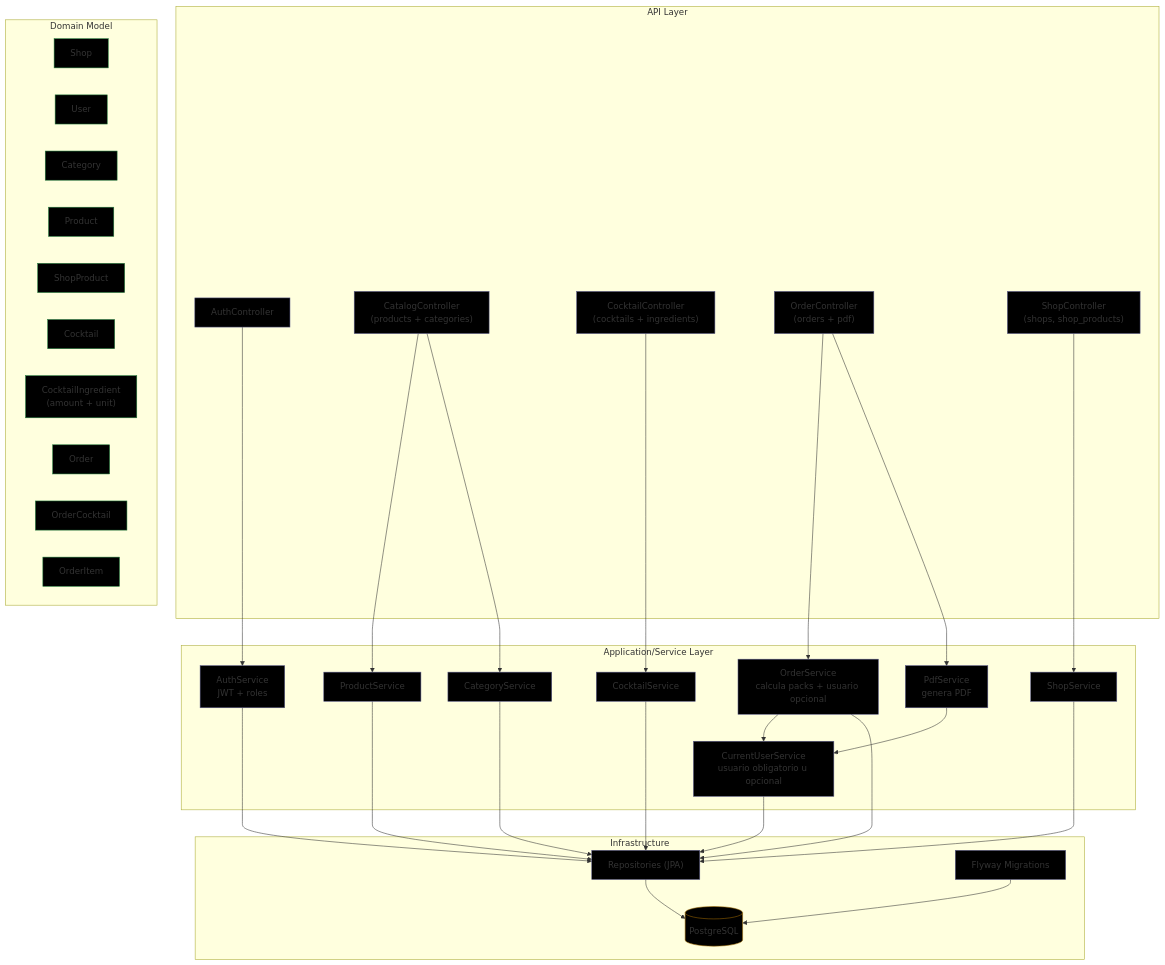
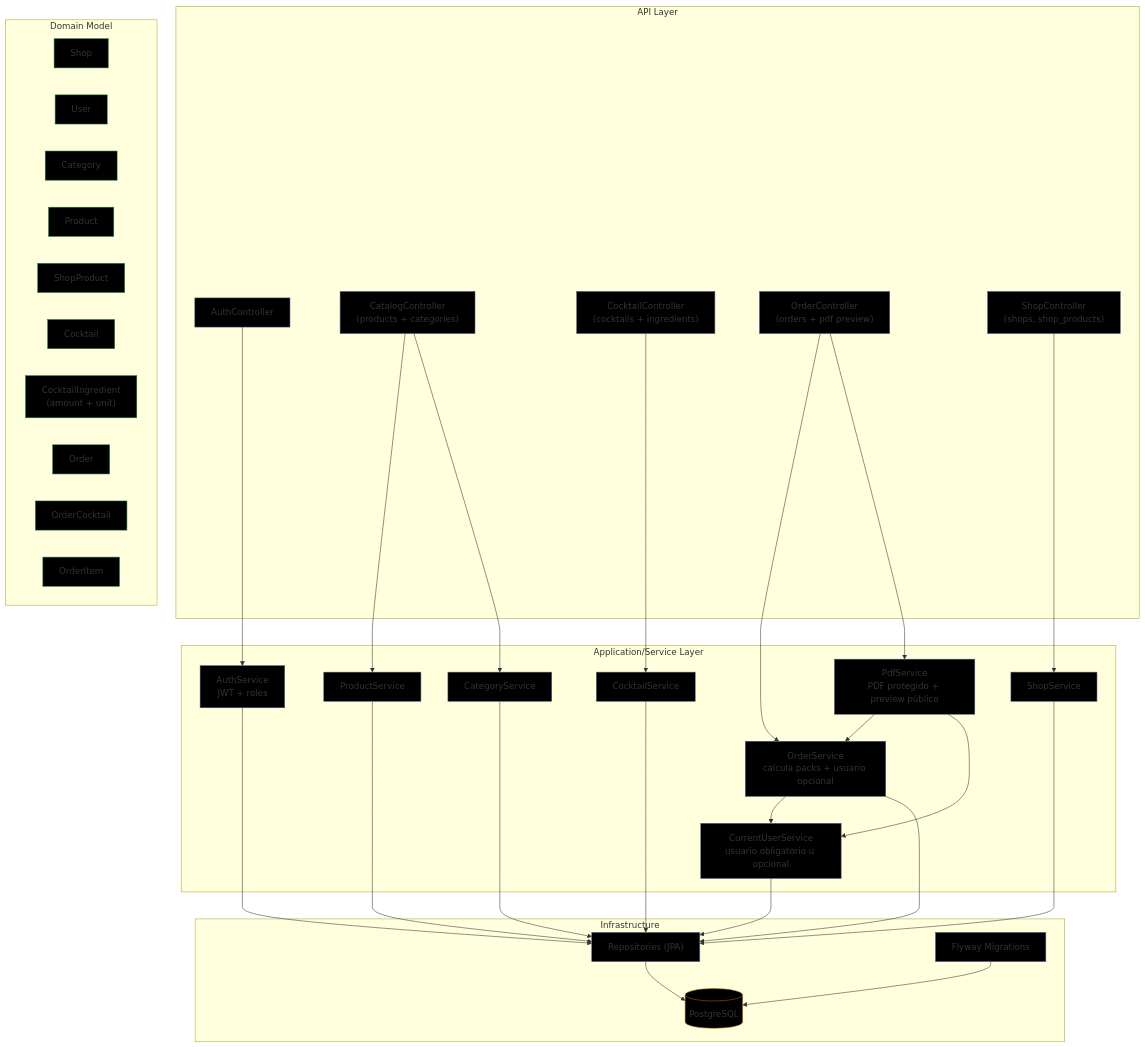
The third of 3 diagrams in backend/README.md (Fran3103/CocktailOps), drawn with Mermaid before and after one commit. The commit also changed other lines of this file and 11 other files, not shown here.

Commit message:
feat: improve order flow and update project documentation

````diff
--- a/backend/README.md
+++ b/backend/README.md
@@ -946,67 +1069,68 @@
 ```mermaid
 flowchart TB
 subgraph API["API Layer"]
     C1["AuthController"]:::box
     C2["CatalogController<br/>(products + categories)"]:::box
     C3["CocktailController<br/>(cocktails + ingredients)"]:::box
-    C4["OrderController<br/>(orders + pdf)"]:::box
+    C4["OrderController<br/>(orders + pdf preview)"]:::box
     C5["ShopController<br/>(shops, shop_products)"]:::box
 end
 
 subgraph APP["Application/Service Layer"]
     S1["AuthService<br/>JWT + roles"]:::box
     S2["ProductService"]:::box
     S7["CategoryService"]:::box
     S3["CocktailService"]:::box
     S4["OrderService<br/>calcula packs + usuario opcional"]:::box
-    S5["PdfService<br/>genera PDF"]:::box
+    S5["PdfService<br/>PDF protegido + preview público"]:::box
     S6["ShopService"]:::box
     S8["CurrentUserService<br/>usuario obligatorio u opcional"]:::box
 end
 
 subgraph DOMAIN["Domain Model"]
     D7["Shop"]:::entity
     D6["User"]:::entity
     D9["Category"]:::entity
     D1["Product"]:::entity
     D8["ShopProduct"]:::entity
 
     D2["Cocktail"]:::entity
     D3["CocktailIngredient<br/>(amount + unit)"]:::entity
 
     D4["Order"]:::entity
     D10["OrderCocktail"]:::entity
     D5["OrderItem"]:::entity
 end
 
 subgraph INFRA["Infrastructure"]
     R1["Repositories (JPA)"]:::box
     FLY["Flyway Migrations"]:::box
     DB[("PostgreSQL")]:::db
 end
 
 C1 --> S1
 C2 --> S2
 C2 --> S7
 C3 --> S3
 C4 --> S4
 C4 --> S5
 C5 --> S6
 
 S1 --> R1
 S2 --> R1
 S7 --> R1
 S3 --> R1
 S4 --> S8
 S4 --> R1
+S5 --> S4
 S5 --> S8
 S6 --> R1
 S8 --> R1
 
 R1 --> DB
 FLY --> DB
 
 classDef box fill:#000000,stroke:#5a5a8a,stroke-width:1px;
 classDef db fill:#000000,stroke:#a06a00,stroke-width:1px;
 classDef entity fill:#000000,stroke:#1f7a3a,stroke-width:1px;
 ```
````
